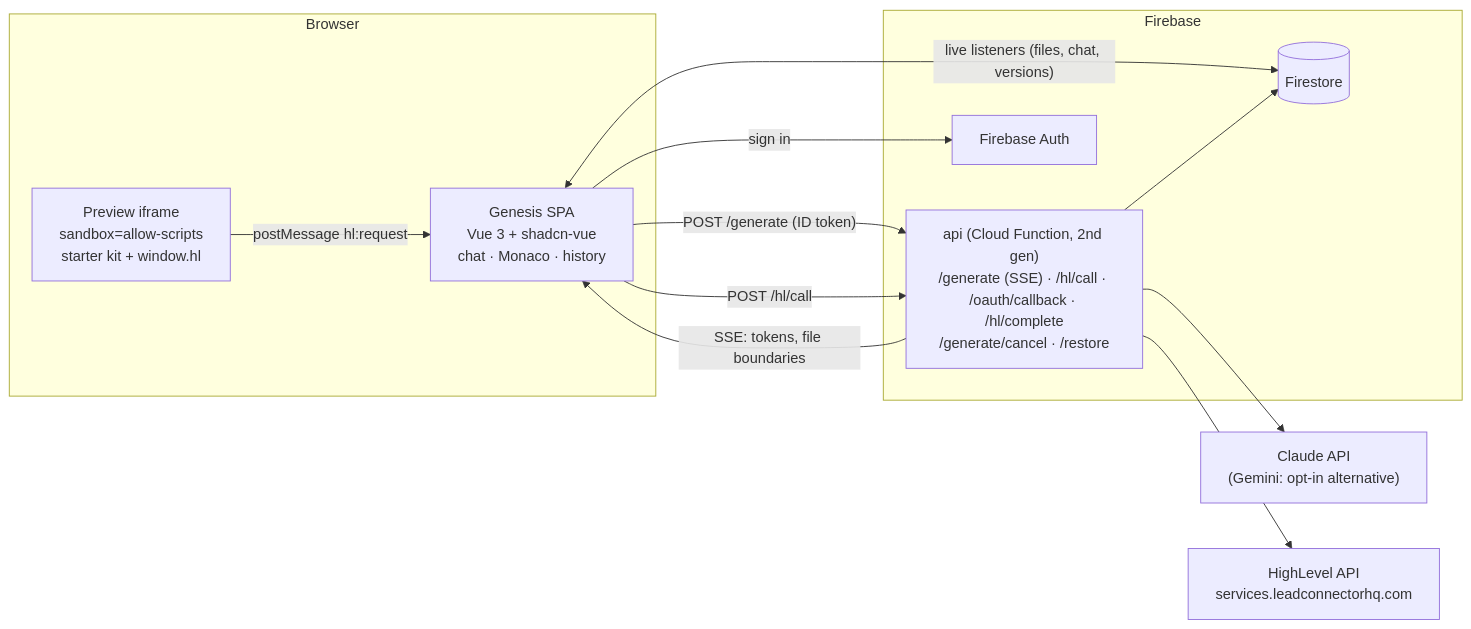
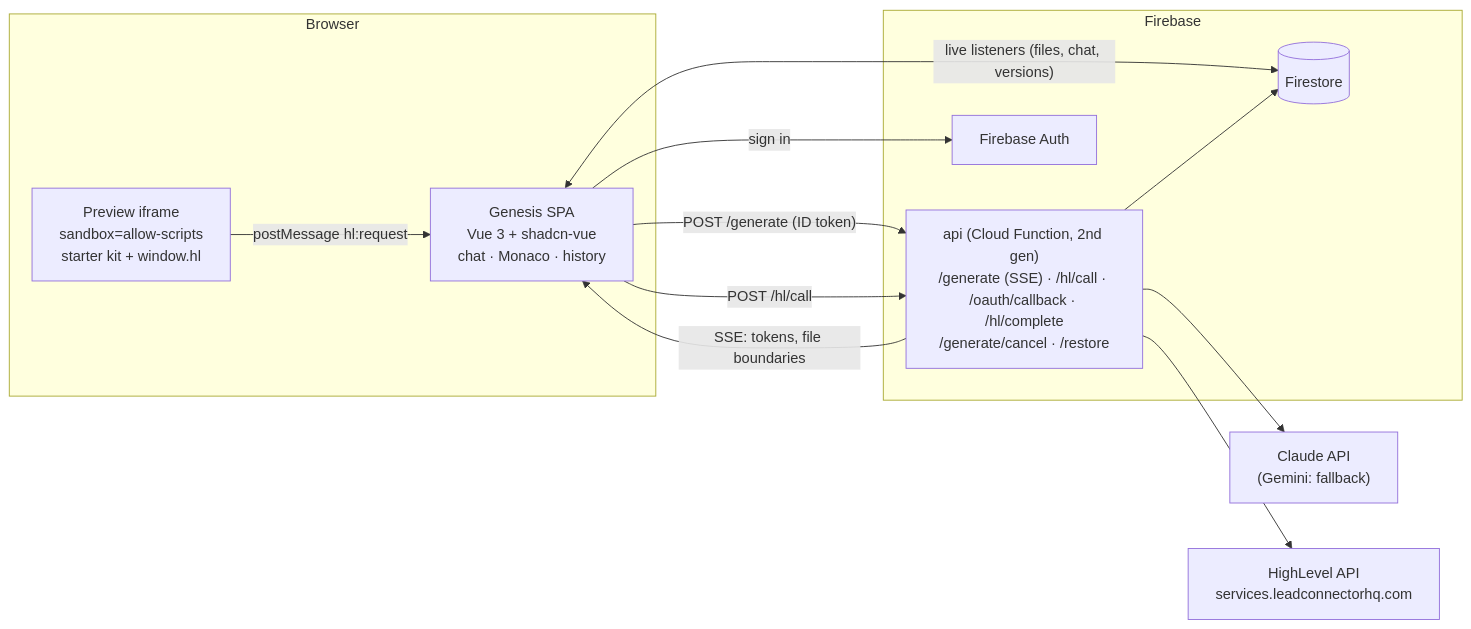
The first of 4 diagrams in docs/DESIGN.md (enti-re/highlevel-genesis), drawn with Mermaid before and after one commit. The commit also changed other lines of this file and 9 other files, not shown here.

````diff
--- a/docs/DESIGN.md
+++ b/docs/DESIGN.md
@@ -26,24 +26,24 @@
 ```mermaid
 flowchart LR
   subgraph Browser
     UI["Genesis SPA<br/>Vue 3 + shadcn-vue<br/>chat · Monaco · history"]
     PV["Preview iframe<br/>sandbox=allow-scripts<br/>starter kit + window.hl"]
   end
   subgraph Firebase
     API["api (Cloud Function, 2nd gen)<br/>/generate (SSE) · /hl/call · /oauth/callback · /hl/complete<br/>/generate/cancel · /restore"]
     FS[("Firestore")]
     AUTH["Firebase Auth"]
   end
-  LLM["Claude API<br/>(Gemini: opt-in alternative)"]
+  LLM["Claude API<br/>(Gemini: fallback)"]
   HL["HighLevel API<br/>services.leadconnectorhq.com"]
 
   UI -- "POST /generate (ID token)" --> API
   API -- "SSE: tokens, file boundaries" --> UI
   UI <-- "live listeners (files, chat, versions)" --> FS
   UI -- "sign in" --> AUTH
   PV -- "postMessage hl:request" --> UI
   UI -- "POST /hl/call" --> API
   API --> LLM
   API --> HL
   API --> FS
 ```
````
